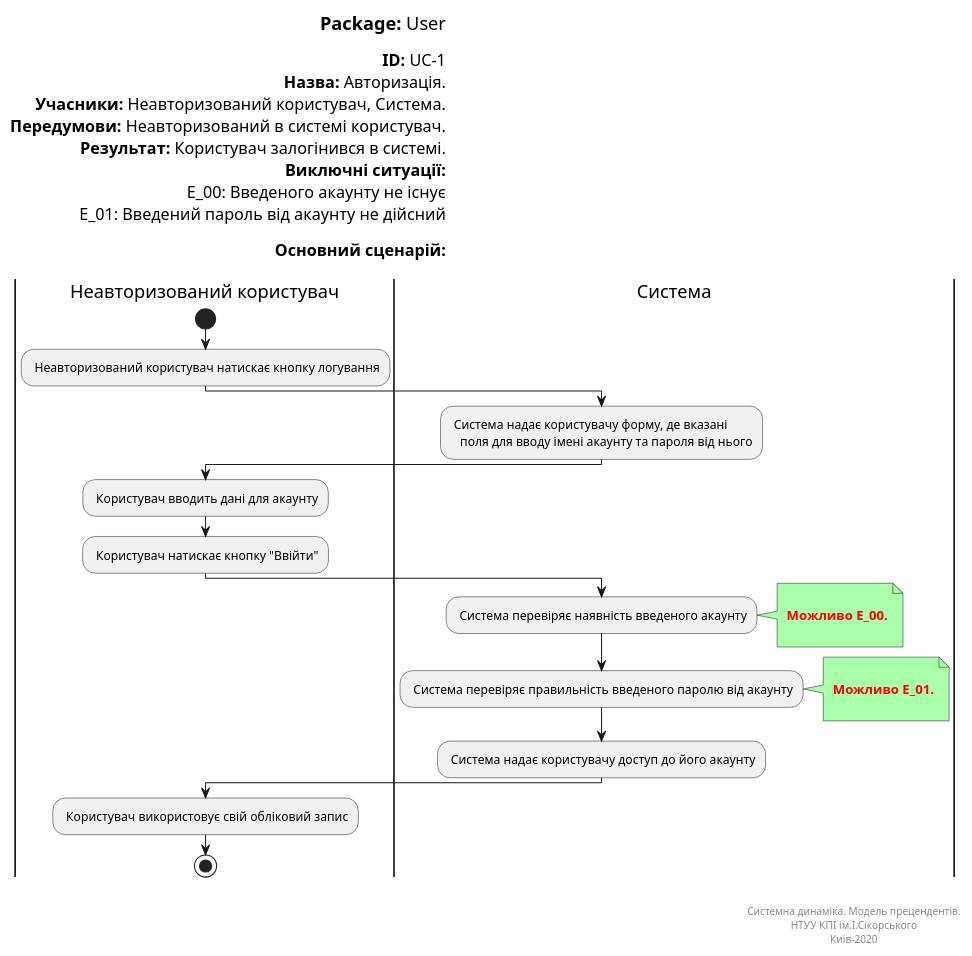
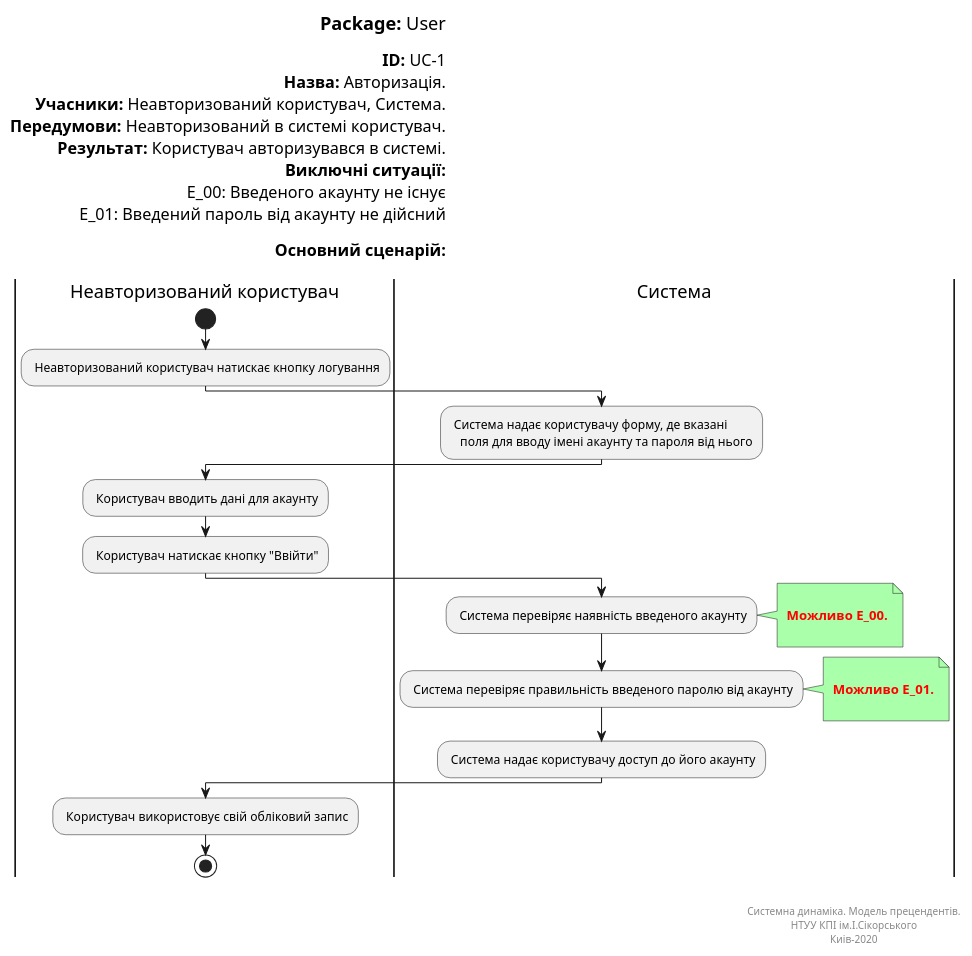
One commit to vladlinu/TeamOne changed the diagram in UML_Diagrams/unauthorized_user/UC-1.pu. Above: the diagram before and after it, drawn with PlantUML. The commit also changed 3 other files, not shown here.

```diff
--- a/UML_Diagrams/unauthorized_user/UC-1.pu
+++ b/UML_Diagrams/unauthorized_user/UC-1.pu
@@ -1,62 +1,62 @@
 @startuml
 left header
 <font color=000 size=18><b>Package:</b> User
 
 <font color=000 size=16><b>ID:</b> UC-1
 <font color=000 size=16><b>Назва:</b> Авторизація.
 <font color=000 size=16><b>Учасники:</b> Неавторизований користувач, Система.
 <font color=000 size=16><b>Передумови:</b> Неавторизований в системі користувач.
-<font color=000 size=16><b>Результат:</b> Користувач залогінився в системі.
+<font color=000 size=16><b>Результат:</b> Користувач авторизувався в системі.
 <font color=000 size=16><b>Виключні ситуації:</b>
 <font color=000 size=16> E_00: Введеного акаунту не існує
 <font color=000 size=16> E_01: Введений пароль від акаунту не дійсний 
 
 <font color=000 size=16><b>Основний сценарій:</b>
 
 end header
 
 |Неавторизований користувач|
 start
 : Неавторизований користувач натискає кнопку логування;
 
 |Система|
 : Система надає користувачу форму, де вказані
    поля для вводу імені акаунту та пароля від нього;
 
 |Неавторизований користувач|
 : Користувач вводить дані для акаунту;   
 
 : Користувач натискає кнопку "Ввійти";
 
 |Система|
 : Система перевіряє наявність введеного акаунту;
 note right #aaffaa
 
 <font color=red><b> Можливо E_00.
 
 end note
 
 : Система перевіряє правильність введеного паролю від акаунту;
 
 note right #aaffaa
 
 <font color=red><b> Можливо E_01.
 
 end note
 
 : Система надає користувачу доступ до його акаунту;
 
 |Неавторизований користувач|
 
 : Користувач використовує свій обліковий запис;
 
 stop;
 
 right footer
 
 
 Системна динаміка. Модель прецендентів.
 НТУУ КПІ ім.І.Сікорського
 Киів-2020
 end footer
 @enduml
```
